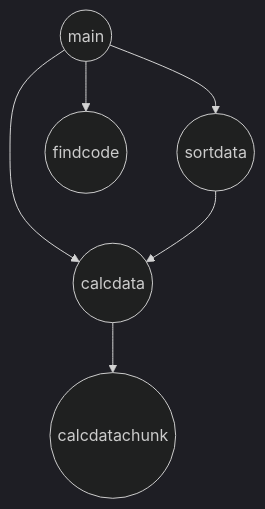
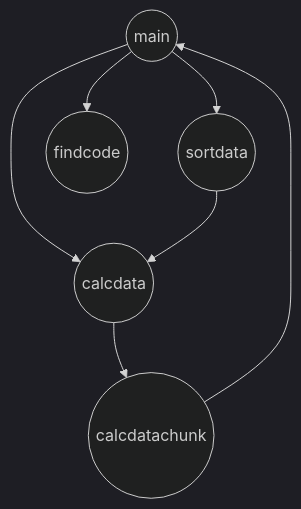
Before and after one commit to alfieV/Pymmo: the diagram in README.md, drawn with Mermaid (dark theme).

Commit message:
fix fix mermaid

````diff
--- a/README.md
+++ b/README.md
@@ -48,15 +48,16 @@
 ```mermaid
 graph TD;
 
 main((main))
 sortdata((sortdata))
 findcode((findcode))
 calcdata((calcdata))
 calcdatachunk((calcdatachunk))
 
 main --> sortdata
 main --> calcdata
 sortdata --> calcdata
 calcdata --> calcdatachunk
 main --> findcode
+calcdatachunk-->main
 ```
````
